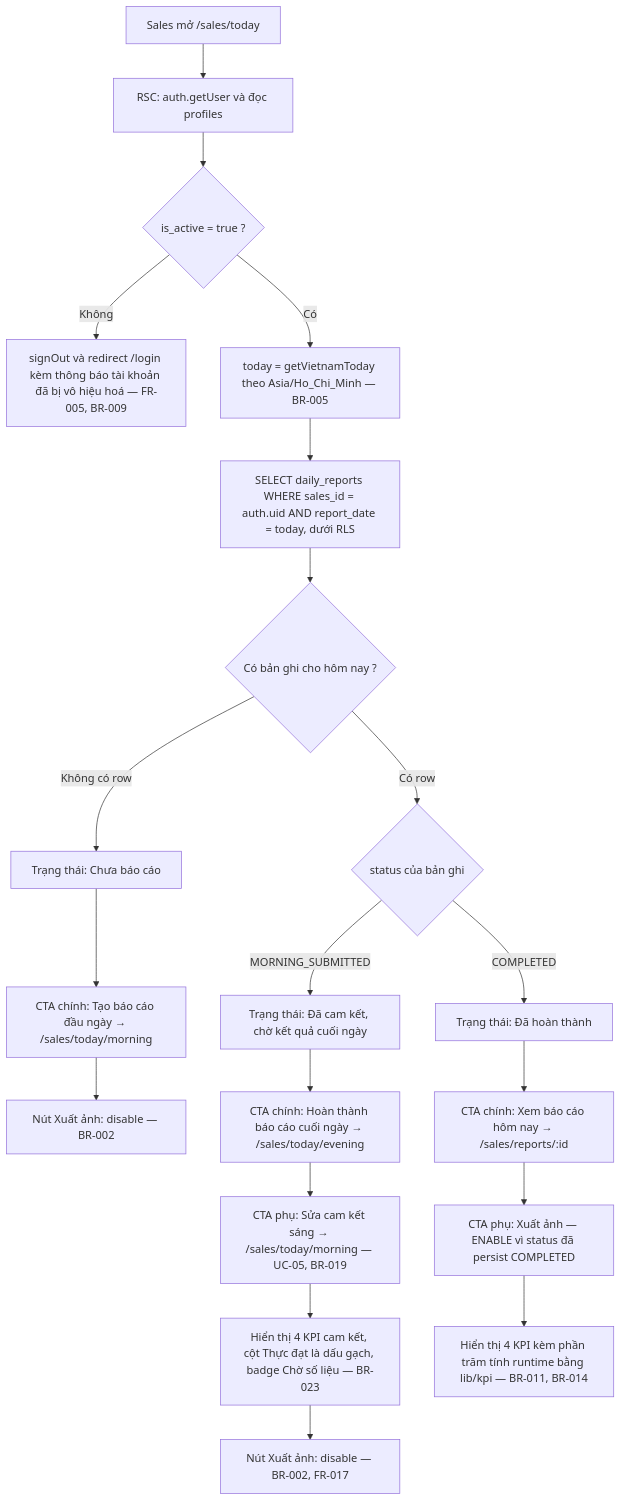
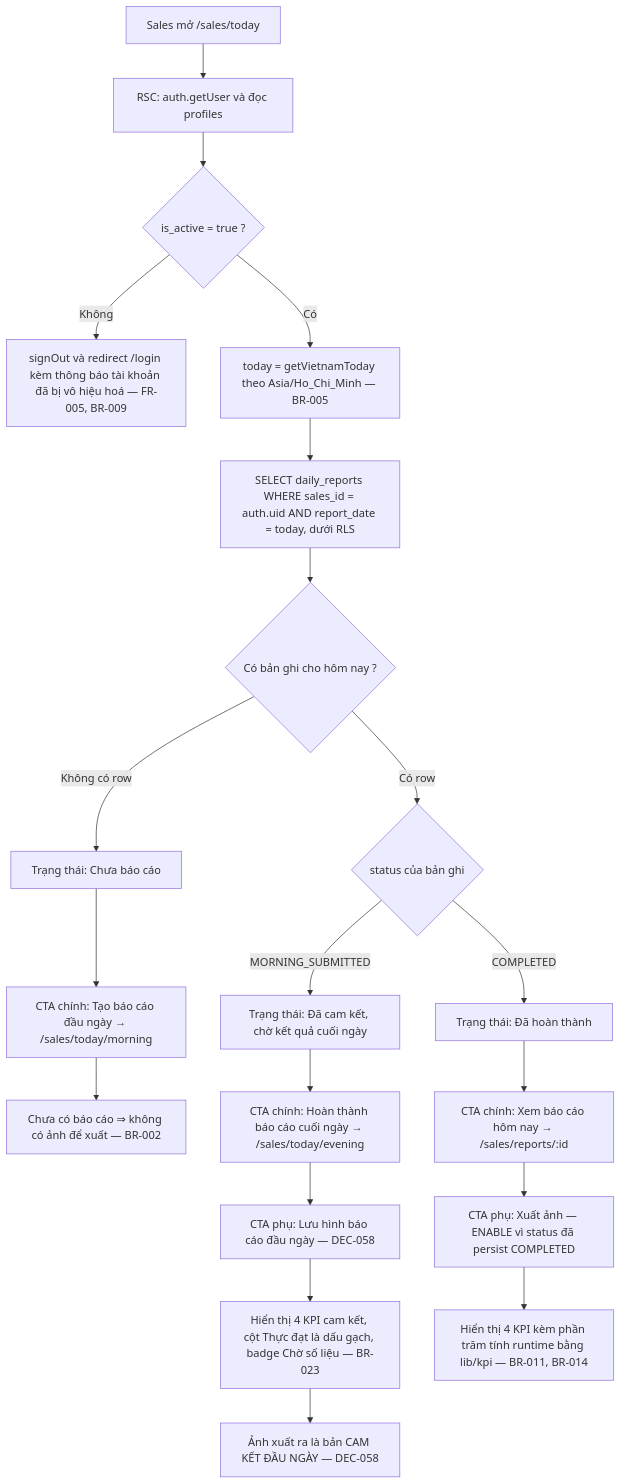
One commit to LeDuyKhangZz/BikeForce-Bicycle-Sales-Management changed the second of 6 diagrams in docs/03-workflow.md. Above: the diagram before and after it, drawn with Mermaid. The commit also changed other lines of this file and 32 other files, not shown here.

First line of the commit message:
feat(phase14): bỏ sửa cam kết sáng; ảnh 9:16 đổi nội dung, đổi màu, tách hai biến thể

````diff
--- a/docs/03-workflow.md
+++ b/docs/03-workflow.md
@@ -156,26 +154,26 @@
 ```mermaid
 flowchart TD
     A["Sales mở /sales/today"] --> B["RSC: auth.getUser và đọc profiles"]
     B --> C{"is_active = true ?"}
     C -->|"Không"| C1["signOut và redirect /login kèm thông báo tài khoản đã bị vô hiệu hoá — FR-005, BR-009"]
     C -->|"Có"| D["today = getVietnamToday theo Asia/Ho_Chi_Minh — BR-005"]
     D --> E["SELECT daily_reports WHERE sales_id = auth.uid AND report_date = today, dưới RLS"]
     E --> F{"Có bản ghi cho hôm nay ?"}
 
     F -->|"Không có row"| G["Trạng thái: Chưa báo cáo"]
     G --> G1["CTA chính: Tạo báo cáo đầu ngày → /sales/today/morning"]
-    G1 --> G2["Nút Xuất ảnh: disable — BR-002"]
+    G1 --> G2["Chưa có báo cáo ⇒ không có ảnh để xuất — BR-002"]
 
     F -->|"Có row"| H{"status của bản ghi"}
 
     H -->|"MORNING_SUBMITTED"| I["Trạng thái: Đã cam kết, chờ kết quả cuối ngày"]
     I --> I1["CTA chính: Hoàn thành báo cáo cuối ngày → /sales/today/evening"]
-    I1 --> I2["CTA phụ: Sửa cam kết sáng → /sales/today/morning — UC-05, BR-019"]
+    I1 --> I2["CTA phụ: Lưu hình báo cáo đầu ngày — DEC-058"]
     I2 --> I3["Hiển thị 4 KPI cam kết, cột Thực đạt là dấu gạch, badge Chờ số liệu — BR-023"]
-    I3 --> I4["Nút Xuất ảnh: disable — BR-002, FR-017"]
+    I3 --> I4["Ảnh xuất ra là bản CAM KẾT ĐẦU NGÀY — DEC-058"]
 
     H -->|"COMPLETED"| J["Trạng thái: Đã hoàn thành"]
     J --> J1["CTA chính: Xem báo cáo hôm nay → /sales/reports/:id"]
     J1 --> J2["CTA phụ: Xuất ảnh — ENABLE vì status đã persist COMPLETED"]
     J2 --> J3["Hiển thị 4 KPI kèm phần trăm tính runtime bằng lib/kpi — BR-011, BR-014"]
 ```
````
